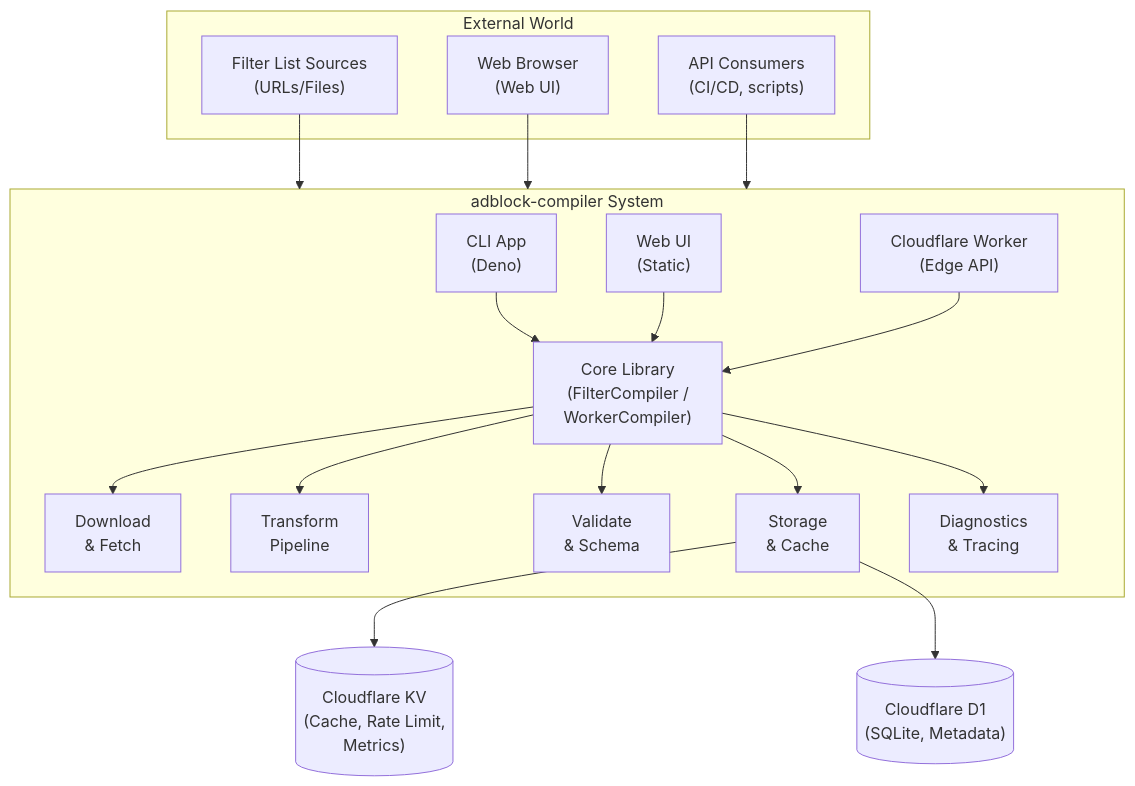
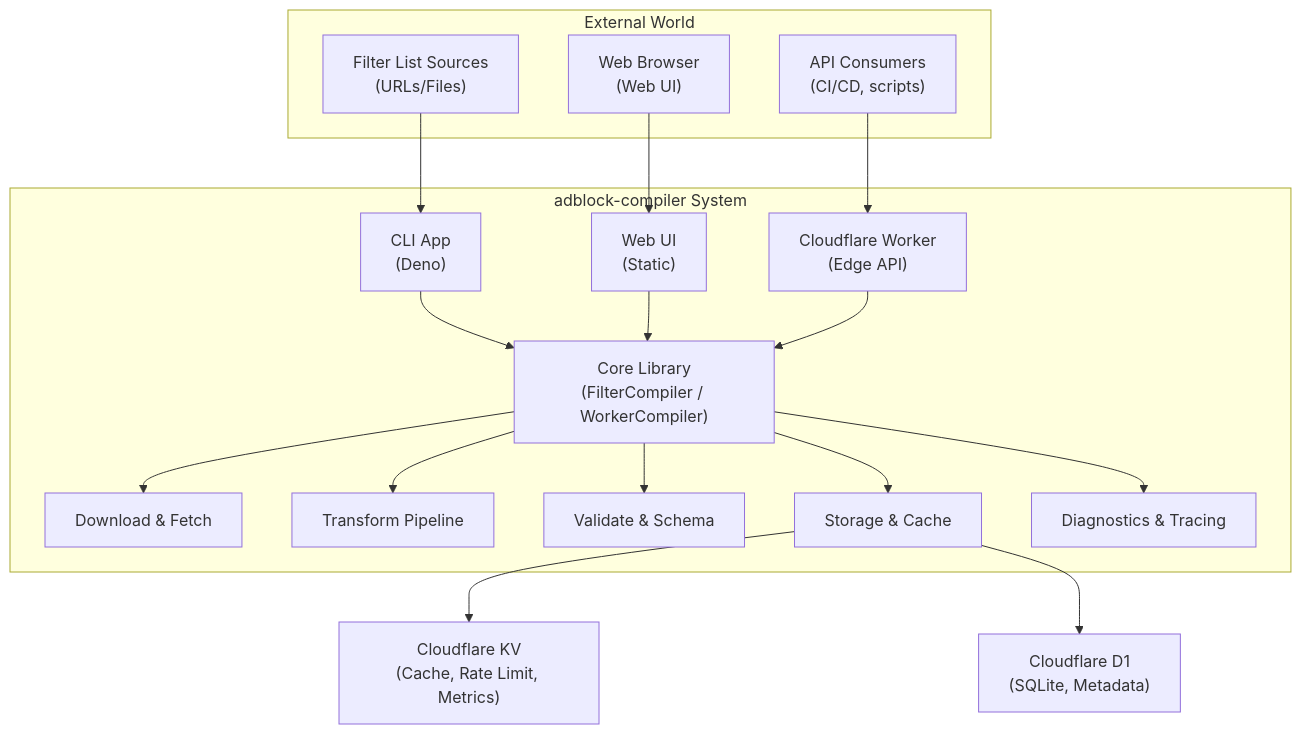
Before and after one commit to AdguardTeam/HostlistCompiler: the first of 18 diagrams in docs/ARCHITECTURE.md, drawn with Mermaid. The commit also changed other lines of this file and 2 other files, not shown here.

Commit message:
docs: resolve merge conflicts with main (accept main's Mermaid diagrams for ARCHITECTURE, BLOG_POST, CIRCUIT_BREAKER)

````diff
--- a/docs/ARCHITECTURE.md
+++ b/docs/ARCHITECTURE.md
@@ -53,38 +53,37 @@
 ```mermaid
-flowchart TB
+graph TD
     subgraph EW["External World"]
         FLS["Filter List Sources\n(URLs/Files)"]
         WB["Web Browser\n(Web UI)"]
         AC["API Consumers\n(CI/CD, scripts)"]
     end
 
-    subgraph SYS["adblock-compiler System"]
+    subgraph ACS["adblock-compiler System"]
         CLI["CLI App\n(Deno)"]
-        UI["Web UI\n(Static)"]
-        CW["Cloudflare Worker\n(Edge API)"]
-        CORE["Core Library\n(FilterCompiler /\nWorkerCompiler)"]
-        DF["Download\n& Fetch"]
-        TP["Transform\nPipeline"]
-        VS["Validate\n& Schema"]
-        SC["Storage\n& Cache"]
-        DT["Diagnostics\n& Tracing"]
-
-        CLI --> CORE
-        UI --> CORE
-        CW --> CORE
-        CORE --> DF
-        CORE --> TP
-        CORE --> VS
-        CORE --> SC
-        CORE --> DT
+        WUI["Web UI\n(Static)"]
+        CFW["Cloudflare Worker\n(Edge API)"]
+        CORE["Core Library\n(FilterCompiler / WorkerCompiler)"]
+        DL["Download & Fetch"]
+        TP["Transform Pipeline"]
+        VS["Validate & Schema"]
+        ST["Storage & Cache"]
+        DG["Diagnostics & Tracing"]
     end
 
-    KV[("Cloudflare KV\n(Cache, Rate Limit,\nMetrics)")]
-    D1[("Cloudflare D1\n(SQLite, Metadata)")]
+    KV["Cloudflare KV\n(Cache, Rate Limit, Metrics)"]
+    D1["Cloudflare D1\n(SQLite, Metadata)"]
 
-    FLS --> SYS
-    WB --> SYS
-    AC --> SYS
-    SC --> KV
-    SC --> D1
+    FLS --> CLI
+    WB --> WUI
+    AC --> CFW
+    CLI --> CORE
+    WUI --> CORE
+    CFW --> CORE
+    CORE --> DL
+    CORE --> TP
+    CORE --> VS
+    CORE --> ST
+    CORE --> DG
+    ST --> KV
+    ST --> D1
 ```
````
